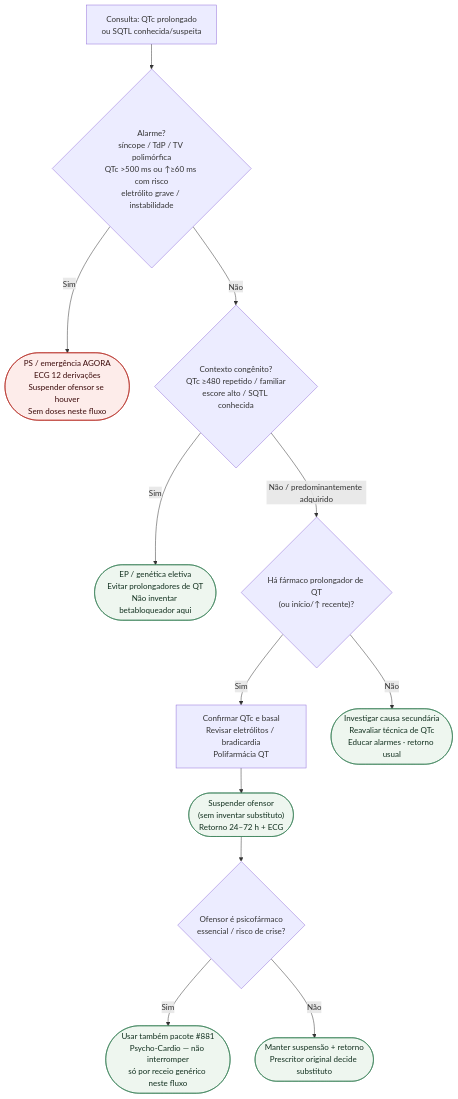
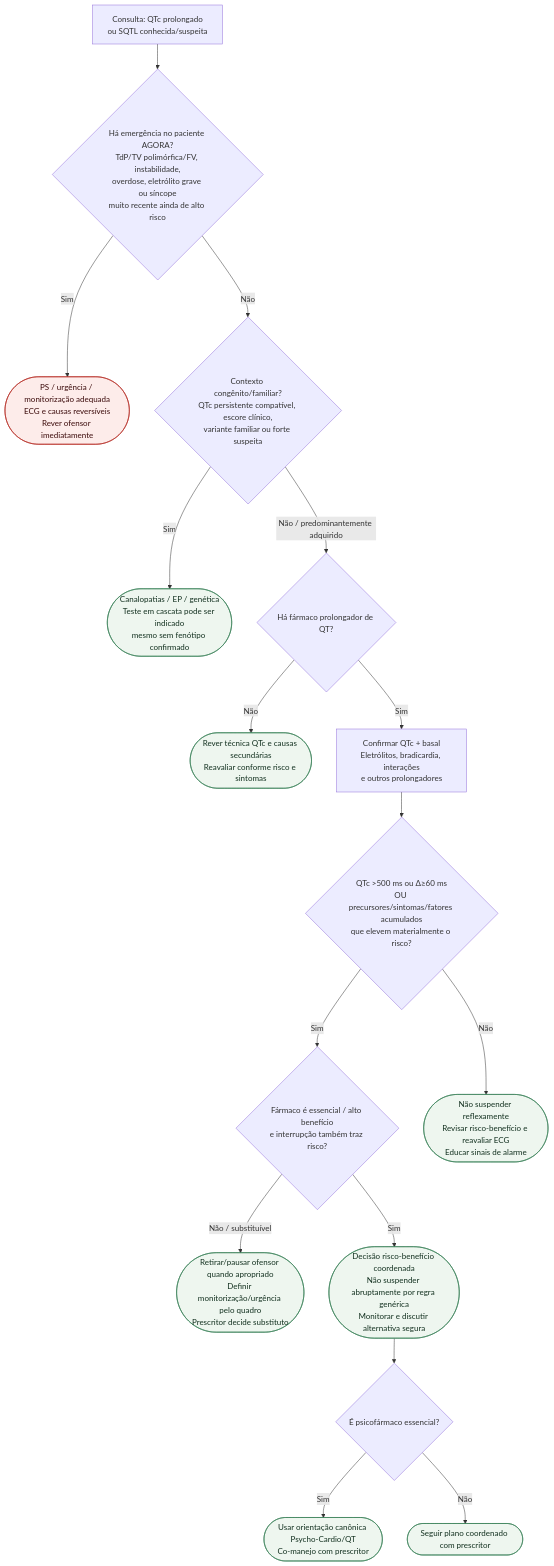
Before and after one commit to rafaelpaesmeirelles/MeuCardio: the diagram in content/Arritmias/fluxograma-sinalizadores-ambulatoriais-qt-longo.md, drawn with Mermaid. The commit also changed other lines of this file, not shown here.

Commit message:
fix(content): corrige fluxograma ambulatorial de QT longo

````diff
--- a/content/Arritmias/fluxograma-sinalizadores-ambulatoriais-qt-longo.md
+++ b/content/Arritmias/fluxograma-sinalizadores-ambulatoriais-qt-longo.md
@@ -22,26 +26,32 @@
 ```mermaid
 flowchart TD
-  R0["Consulta: QTc prolongado<br/>ou SQTL conhecida/suspeita"] --> D1{"Alarme?<br/>síncope / TdP / TV polimórfica<br/>QTc >500 ms ou ↑≥60 ms com risco<br/>eletrólito grave / instabilidade"}
+  R0["Consulta: QTc prolongado<br/>ou SQTL conhecida/suspeita"] --> D1{"Há emergência no paciente AGORA?<br/>TdP/TV polimórfica/FV, instabilidade,<br/>overdose, eletrólito grave ou síncope<br/>muito recente ainda de alto risco"}
 
-  D1 -->|"Sim"| C1(["PS / emergência AGORA<br/>ECG 12 derivações<br/>Suspender ofensor se houver<br/>Sem doses neste fluxo"])
+  D1 -->|"Sim"| C1(["PS / urgência / monitorização adequada<br/>ECG e causas reversíveis<br/>Rever ofensor imediatamente"])
 
-  D1 -->|"Não"| D2{"Contexto congênito?<br/>QTc ≥480 repetido / familiar<br/>escore alto / SQTL conhecida"}
+  D1 -->|"Não"| D2{"Contexto congênito/familiar?<br/>QTc persistente compatível, escore clínico,<br/>variante familiar ou forte suspeita"}
 
-  D2 -->|"Sim"| C2(["EP / genética eletiva<br/>Evitar prolongadores de QT<br/>Não inventar betabloqueador aqui"])
+  D2 -->|"Sim"| C2(["Canalopatias / EP / genética<br/>Teste em cascata pode ser indicado<br/>mesmo sem fenótipo confirmado"])
 
-  D2 -->|"Não / predominantemente adquirido"| D3{"Há fármaco prolongador de QT<br/>(ou início/↑ recente)?"}
+  D2 -->|"Não / predominantemente adquirido"| D3{"Há fármaco prolongador de QT?"}
 
-  D3 -->|"Sim"| P1["Confirmar QTc e basal<br/>Revisar eletrólitos / bradicardia<br/>Polifarmácia QT"]
-  P1 --> C3(["Suspender ofensor<br/>(sem inventar substituto)<br/>Retorno 24–72 h + ECG"])
+  D3 -->|"Não"| C3(["Rever técnica QTc e causas secundárias<br/>Reavaliar conforme risco e sintomas"])
 
-  D3 -->|"Não"| C4(["Investigar causa secundária<br/>Reavaliar técnica de QTc<br/>Educar alarmes · retorno usual"])
+  D3 -->|"Sim"| P1["Confirmar QTc + basal<br/>Eletrólitos, bradicardia, interações<br/>e outros prolongadores"]
+  P1 --> D4{"QTc >500 ms ou Δ≥60 ms<br/>OU precursores/sintomas/fatores acumulados<br/>que elevem materialmente o risco?"}
 
-  C3 --> D4{"Ofensor é psicofármaco<br/>essencial / risco de crise?"}
-  D4 -->|"Sim"| C5(["Usar também pacote #881<br/>Psycho-Cardio — não interromper<br/>só por receio genérico neste fluxo"])
-  D4 -->|"Não"| C6(["Manter suspensão + retorno<br/>Prescritor original decide substituto"])
+  D4 -->|"Sim"| D5{"Fármaco é essencial / alto benefício<br/>e interrupção também traz risco?"}
+  D5 -->|"Não / substituível"| C4(["Retirar/pausar ofensor quando apropriado<br/>Definir monitorização/urgência pelo quadro<br/>Prescritor decide substituto"])
+  D5 -->|"Sim"| C5(["Decisão risco-benefício coordenada<br/>Não suspender abruptamente por regra genérica<br/>Monitorar e discutir alternativa segura"])
+
+  D4 -->|"Não"| C6(["Não suspender reflexamente<br/>Revisar risco-benefício e reavaliar ECG<br/>Educar sinais de alarme"])
+
+  C5 --> D6{"É psicofármaco essencial?"}
+  D6 -->|"Sim"| C7(["Usar orientação canônica Psycho-Cardio/QT<br/>Co-manejo com prescritor"])
+  D6 -->|"Não"| C8(["Seguir plano coordenado com prescritor"])
 
   classDef conduta fill:#eef6ef,stroke:#2f7a4f,color:#12301f;
   classDef alerta fill:#fdecea,stroke:#b3261e,color:#3b0a0a;
   class C1 alerta;
-  class C2,C3,C4,C5,C6 conduta;
+  class C2,C3,C4,C5,C6,C7,C8 conduta;
 ```
````
